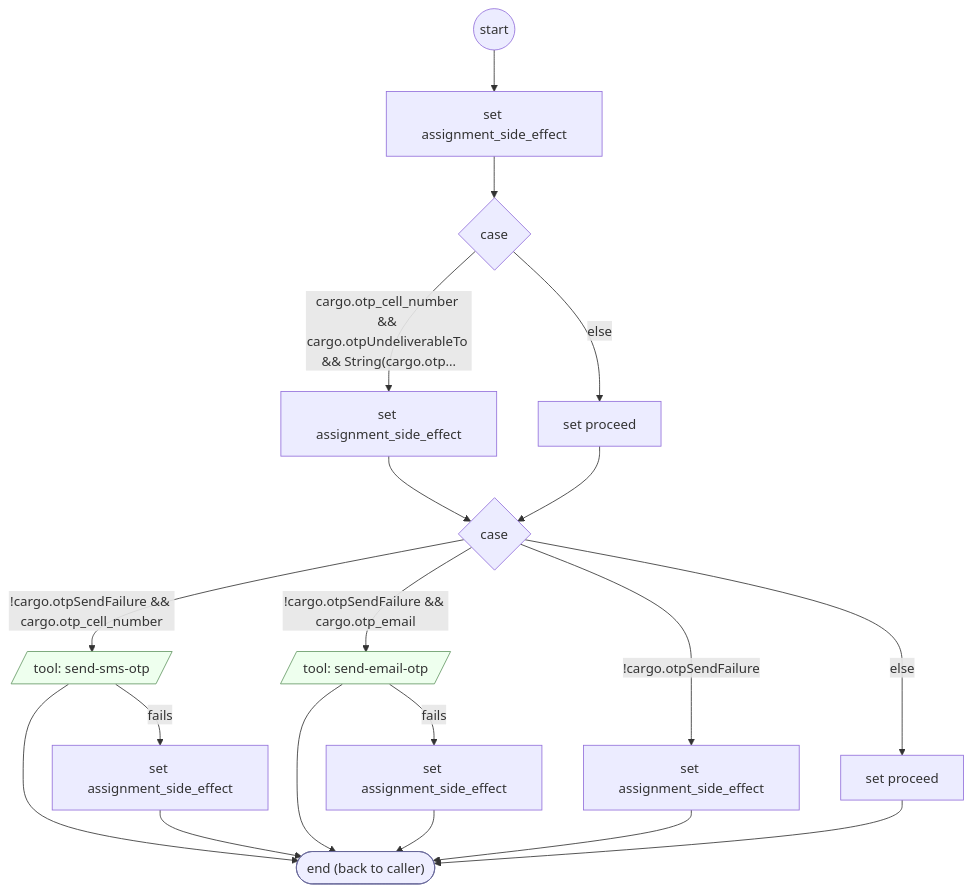
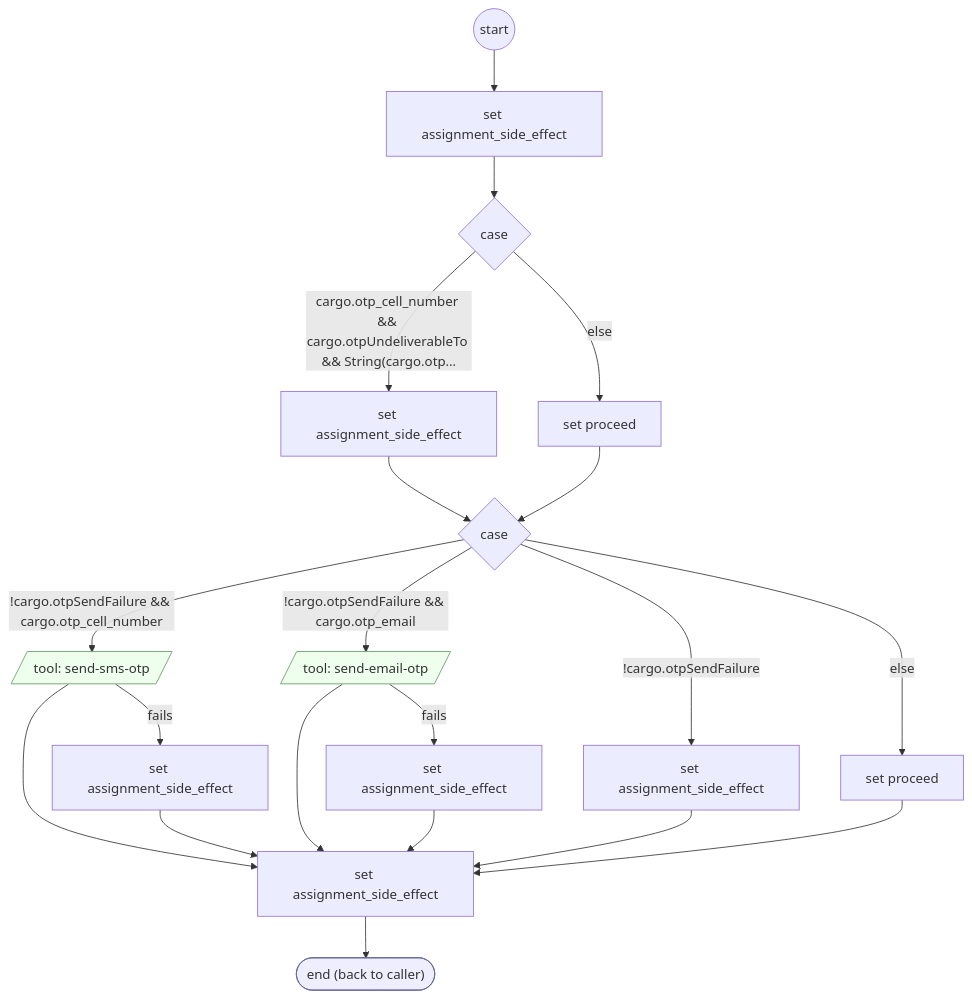
The diagram in docs/flows/system/send-otp-code.md (ronpinkas/jsfe), drawn with Mermaid before and after one commit. The commit also changed other lines of this file and 15 other files, not shown here.

````diff
--- a/docs/flows/system/send-otp-code.md
+++ b/docs/flows/system/send-otp-code.md
@@ -15,41 +15,43 @@
 ```mermaid
 flowchart TD
    START(("start"))
    n0["set assignment_side_effect"]
    START --> n0
    c1{"case"}
    n0 --> c1
    b2["set assignment_side_effect"]
    c1 -- "cargo.otp_cell_number && cargo.otpUndeliverableTo && String(cargo.otp…" --> b2
    b3["set proceed"]
    c1 -- "else" --> b3
    c4{"case"}
    b2 --> c4
    b3 --> c4
    b5[/"tool: send-sms-otp"/]
    class b5 toolstep
    c4 -- "!cargo.otpSendFailure && cargo.otp_cell_number" --> b5
    b5f["set assignment_side_effect"]
    b5 -- "fails" --> b5f
    b6[/"tool: send-email-otp"/]
    class b6 toolstep
    c4 -- "!cargo.otpSendFailure && cargo.otp_email" --> b6
    b6f["set assignment_side_effect"]
    b6 -- "fails" --> b6f
    b7["set assignment_side_effect"]
    c4 -- "!cargo.otpSendFailure" --> b7
    b8["set proceed"]
    c4 -- "else" --> b8
+   n9["set assignment_side_effect"]
+   b5 --> n9
+   b5f --> n9
+   b6 --> n9
+   b6f --> n9
+   b7 --> n9
+   b8 --> n9
    DONE(["end (back to caller)"])
    class DONE endstep
-   b5 --> DONE
-   b5f --> DONE
-   b6 --> DONE
-   b6f --> DONE
-   b7 --> DONE
-   b8 --> DONE
+   n9 --> DONE
    classDef endstep fill:#eef,stroke:#669
    classDef toolstep fill:#efe,stroke:#696
    classDef flowstep fill:#fef6e0,stroke:#b80
    classDef inputstep fill:#f3eefc,stroke:#75a
 ```
````
